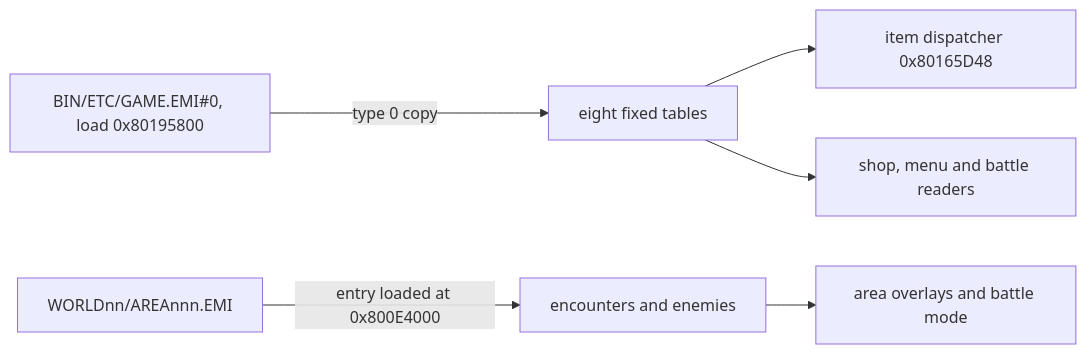
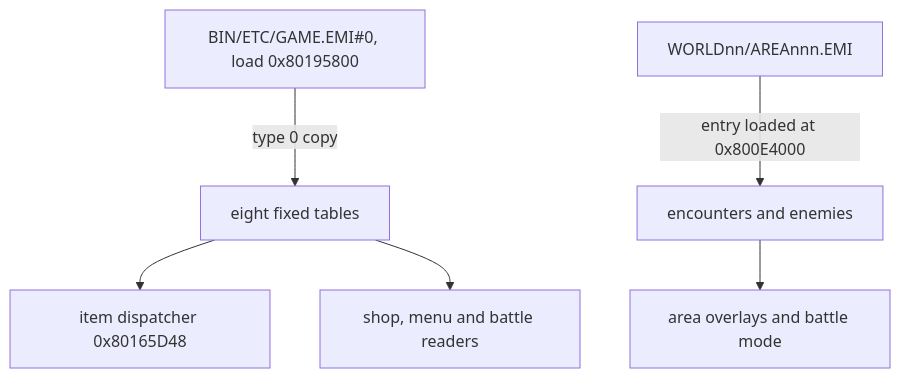
The diagram in src/content/docs/data/records.md (kerokline/bof3-wiki), drawn with Mermaid before and after one commit. The commit also changed 13 other files, not shown here.

Commit message:
docs: redraw the diagrams to fit the page column at full text size

````diff
--- a/src/content/docs/data/records.md
+++ b/src/content/docs/data/records.md
@@ -27,8 +27,8 @@
 ```mermaid
-flowchart LR
+flowchart TD
     E["BIN/ETC/GAME.EMI#0, load 0x80195800"] -->|"type 0 copy"| T["eight fixed tables"]
     T --> D["item dispatcher 0x80165D48"]
     T --> M["shop, menu and battle readers"]
     A["WORLDnn/AREAnnn.EMI"] -->|"entry loaded at 0x800E4000"| B["encounters and enemies"]
     B --> W["area overlays and battle mode"]
 ```
````
